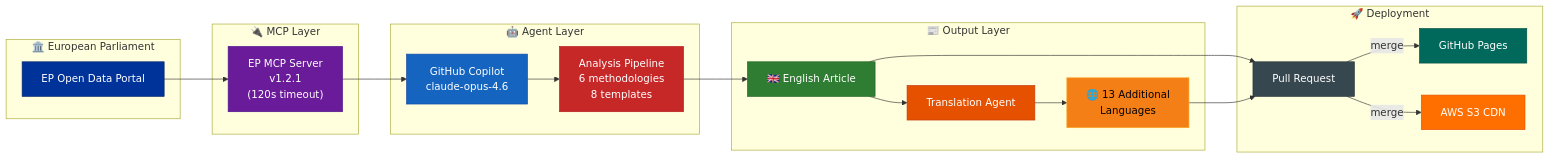
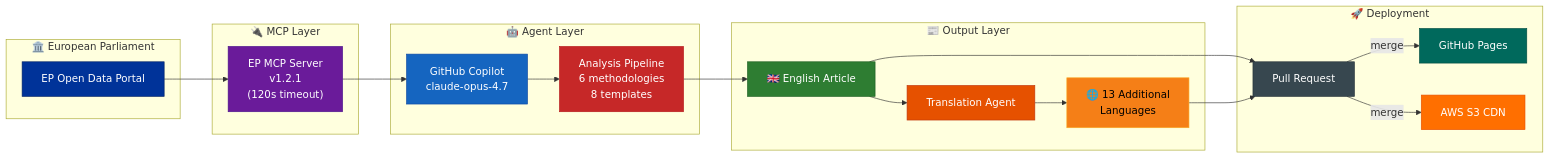
Before and after one commit to Hack23/euparliamentmonitor: diagram 21 of 21 in WORKFLOWS.md, drawn with Mermaid. The commit also changed other lines of this file and 50 other files, not shown here.

First line of the commit message:
chore: upgrade all agentic workflows from Claude Opus 4.6 to 4.7

````diff
--- a/WORKFLOWS.md
+++ b/WORKFLOWS.md
@@ -1748,42 +1748,42 @@
 ```mermaid
 flowchart LR
     subgraph "🏛️ European Parliament"
         EP["EP Open Data Portal"]
     end
 
     subgraph "🔌 MCP Layer"
         MCP["EP MCP Server<br/>v1.2.1<br/>(120s timeout)"]
     end
 
     subgraph "🤖 Agent Layer"
-        Agent["GitHub Copilot<br/>claude-opus-4.6"]
+        Agent["GitHub Copilot<br/>claude-opus-4.7"]
         Analyze["Analysis Pipeline<br/>6 methodologies<br/>8 templates"]
     end
 
     subgraph "📰 Output Layer"
         EN["🇬🇧 English Article"]
         Translate["Translation Agent"]
         Multi["🌐 13 Additional<br/>Languages"]
     end
 
     subgraph "🚀 Deployment"
         PR["Pull Request"]
         Pages["GitHub Pages"]
         S3["AWS S3 CDN"]
     end
 
     EP --> MCP --> Agent --> Analyze --> EN --> PR
     EN --> Translate --> Multi --> PR
     PR --> |"merge"| Pages & S3
 
     style EP fill:#003399,stroke:#002266,color:#FFFFFF
     style MCP fill:#6A1B9A,stroke:#4A148C,color:#FFFFFF
     style Agent fill:#1565C0,stroke:#0D47A1,color:#FFFFFF
     style Analyze fill:#C62828,stroke:#B71C1C,color:#FFFFFF
     style EN fill:#2E7D32,stroke:#1B5E20,color:#FFFFFF
     style Translate fill:#E65100,stroke:#BF360C,color:#FFFFFF
     style Multi fill:#F57F17,stroke:#F9A825,color:#000000
     style PR fill:#37474F,stroke:#263238,color:#FFFFFF
     style Pages fill:#00695C,stroke:#004D40,color:#FFFFFF
     style S3 fill:#FF6F00,stroke:#E65100,color:#FFFFFF
 ```
````
